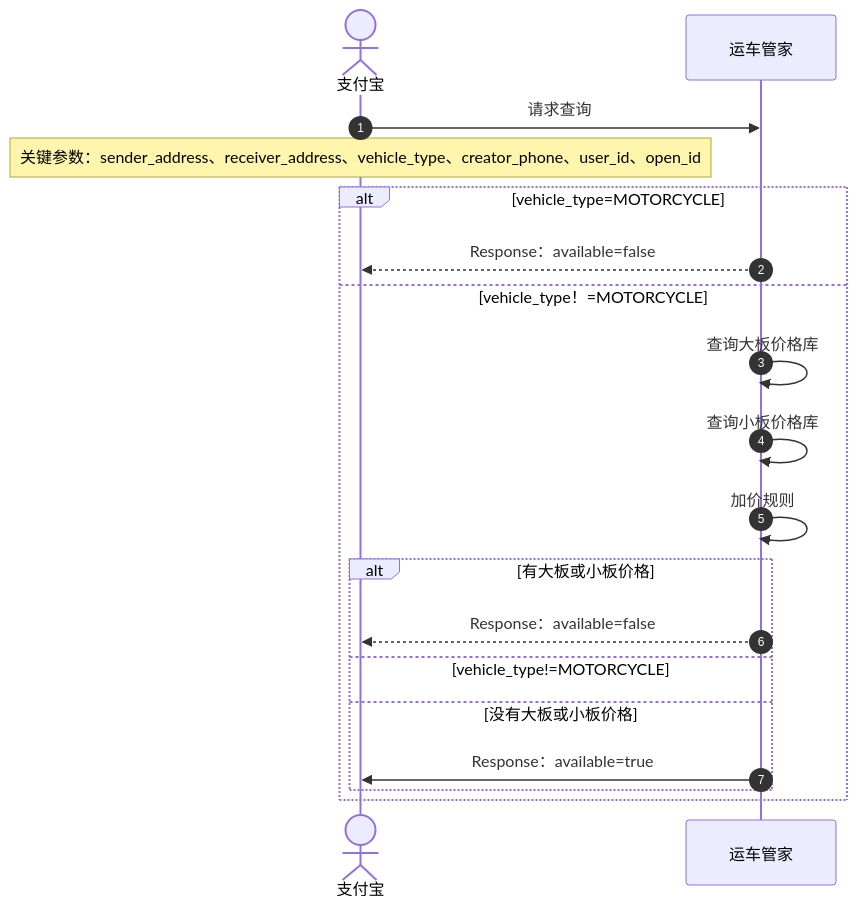
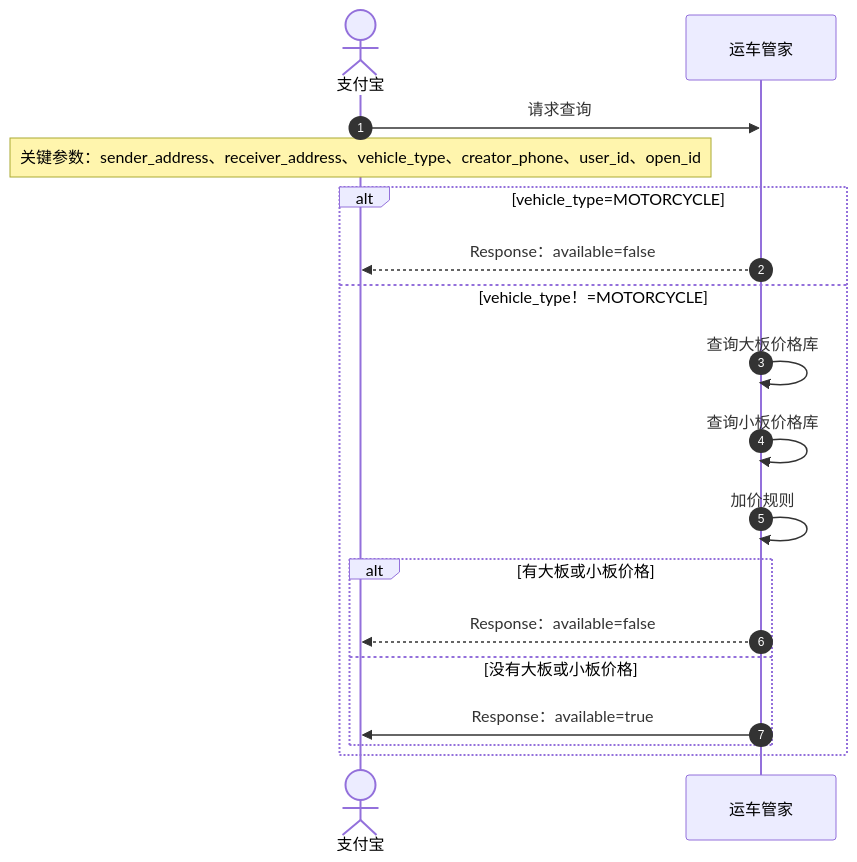
The diagram in mmd/运价查询接口_b66f33fe-f22a-4010-b0a8-42139f03c121.mmd (pingpm/mermaid_vault), drawn with Mermaid before and after one commit. The commit also changed 3 other files, not shown here.

Commit message:
Sync Mermaid Studio data (17 diagrams)

```diff
--- a/mmd/运价查询接口_b66f33fe-f22a-4010-b0a8-42139f03c121.mmd
+++ b/mmd/运价查询接口_b66f33fe-f22a-4010-b0a8-42139f03c121.mmd
@@ -1,19 +1,18 @@
 sequenceDiagram
   autonumber
   actor p0 as 支付宝
   participant p1 as 运车管家
   p0->>p1: 请求查询
   Note over p0: 关键参数：sender_address、receiver_address、vehicle_type、creator_phone、user_id、open_id
   alt vehicle_type=MOTORCYCLE
   p1-->>p0: Response：available=false
   else vehicle_type！=MOTORCYCLE
   p1->>p1: 查询大板价格库
   p1->>p1: 查询小板价格库
   p1->>p1: 加价规则
   alt 有大板或小板价格
   p1-->>p0: Response：available=false
-  else vehicle_type!=MOTORCYCLE
   else 没有大板或小板价格
   p1->>p0: Response：available=true
   end
   end
```
